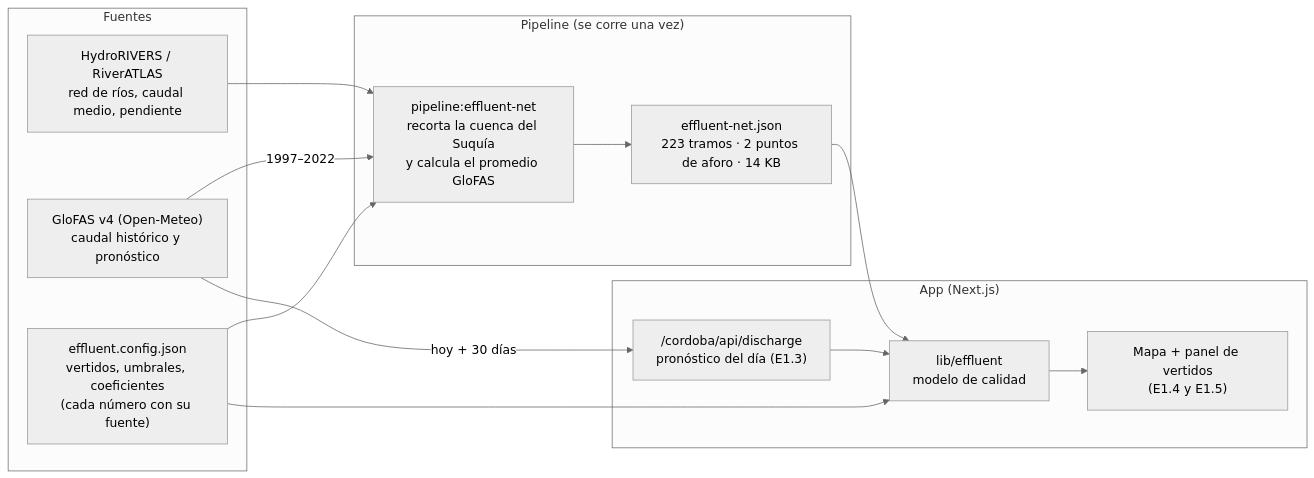
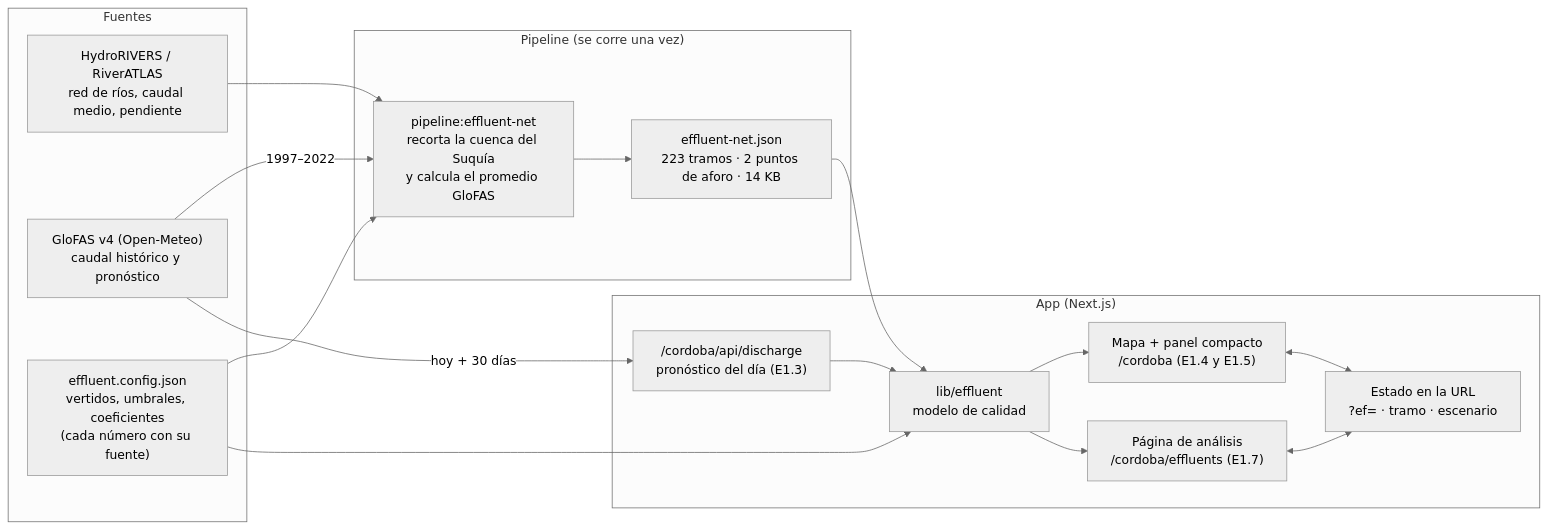
The first of 3 diagrams in context/phases/e1/resumen-proyecto.md (maggioniduffy/rionegro-basin-explorer), drawn with Mermaid (neutral theme) before and after one commit. The commit also changed other lines of this file and 3 other files, not shown here.

Commit message:
docs(e1): rewrite project summary for the map and analysis page split

````diff
--- a/context/phases/e1/resumen-proyecto.md
+++ b/context/phases/e1/resumen-proyecto.md
@@ -73,29 +94,34 @@
 ```mermaid
 flowchart LR
   subgraph Fuentes
     HR["HydroRIVERS / RiverATLAS<br/>red de ríos, caudal medio, pendiente"]
     GF["GloFAS v4 (Open-Meteo)<br/>caudal histórico y pronóstico"]
     CFG["effluent.config.json<br/>vertidos, umbrales, coeficientes<br/>(cada número con su fuente)"]
   end
 
   subgraph Pipeline["Pipeline (se corre una vez)"]
     STEP["pipeline:effluent-net<br/>recorta la cuenca del Suquía<br/>y calcula el promedio GloFAS"]
     NET["effluent-net.json<br/>223 tramos · 2 puntos de aforo · 14 KB"]
   end
 
   subgraph App["App (Next.js)"]
     API["/cordoba/api/discharge<br/>pronóstico del día (E1.3)"]
     MODEL["lib/effluent<br/>modelo de calidad"]
-    UI["Mapa + panel de vertidos<br/>(E1.4 y E1.5)"]
+    URL["Estado en la URL<br/>?ef= · tramo · escenario"]
+    MAP["Mapa + panel compacto<br/>/cordoba (E1.4 y E1.5)"]
+    PAGE["Página de análisis<br/>/cordoba/effluents (E1.7)"]
   end
 
   HR --> STEP
   GF -- "1997–2022" --> STEP
   CFG --> STEP
   STEP --> NET
   NET --> MODEL
   CFG --> MODEL
   GF -- "hoy + 30 días" --> API
   API --> MODEL
-  MODEL --> UI
+  MODEL --> MAP
+  MODEL --> PAGE
+  MAP <--> URL
+  PAGE <--> URL
 ```
````
